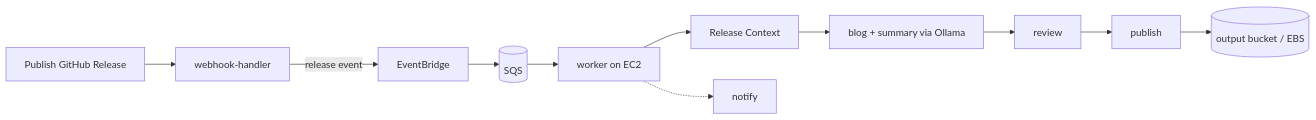
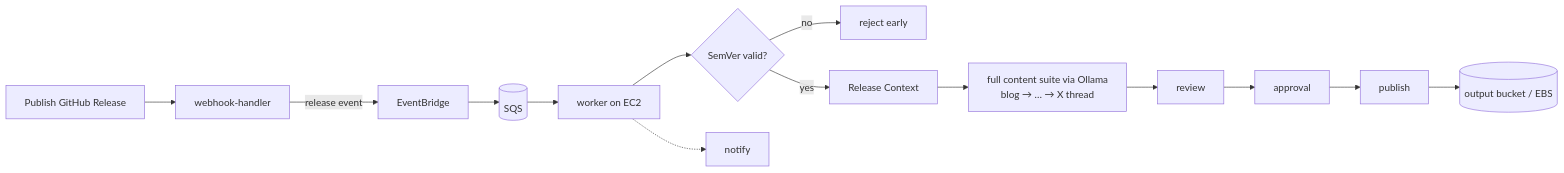
One commit to teddynted/ai-github-repository-blog-generator changed the diagram in docs/runbook-release-to-content.md. Above: the diagram before and after it, drawn with Mermaid. The commit also changed other lines of this file and 4 other files, not shown here.

````diff
--- a/docs/runbook-release-to-content.md
+++ b/docs/runbook-release-to-content.md
@@ -14,11 +17,13 @@
 ```mermaid
 flowchart LR
     REL[Publish GitHub Release] --> WH[webhook-handler]
     WH -->|release event| EB[EventBridge]
     EB --> SQS[(SQS)]
     SQS --> W[worker on EC2]
-    W --> CTX[Release Context]
-    CTX --> GEN[blog + summary via Ollama]
-    GEN --> REV[review] --> PUB[publish] --> OUT[(output bucket / EBS)]
+    W --> SV{SemVer valid?}
+    SV -- no --> STOP[reject early]
+    SV -- yes --> CTX[Release Context]
+    CTX --> GEN[full content suite via Ollama\nblog → … → X thread]
+    GEN --> REV[review] --> APP[approval] --> PUB[publish] --> OUT[(output bucket / EBS)]
     W -.-> NOTE[notify]
 ```
````
